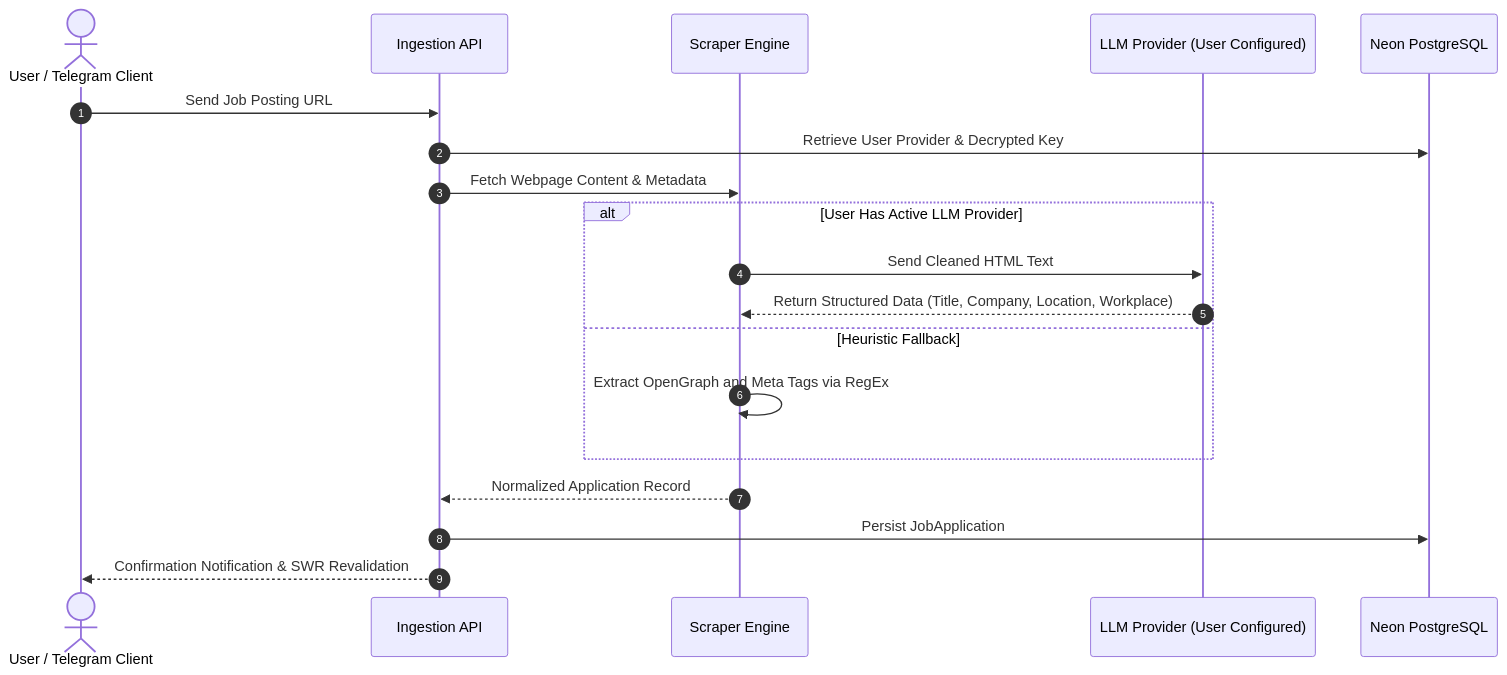
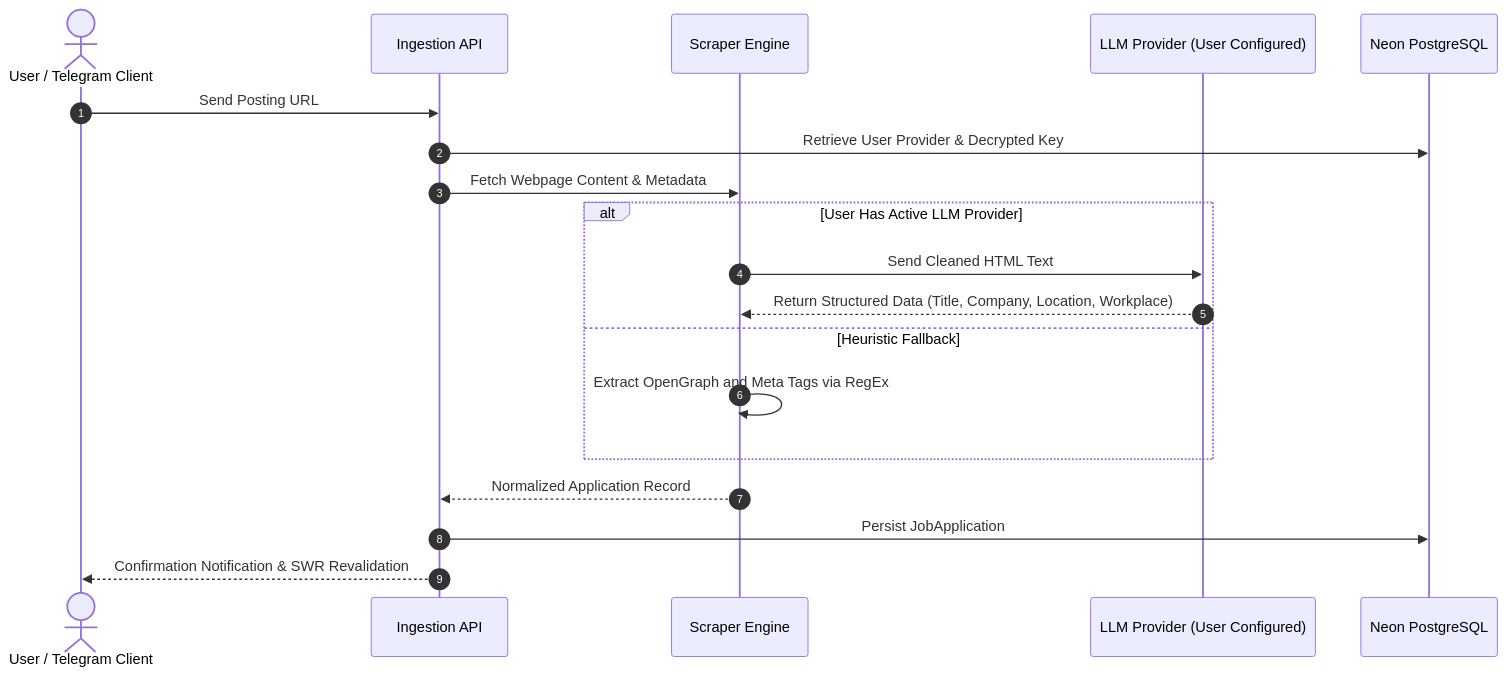
One commit to navneetguptacse/career-hub changed the second of 3 diagrams in README.md. Above: the diagram before and after it, drawn with Mermaid. The commit also changed 19 other files, not shown here.

````diff
--- a/README.md
+++ b/README.md
@@ -74,22 +74,22 @@
 ```mermaid
 sequenceDiagram
     autonumber
     actor User as User / Telegram Client
     participant API as Ingestion API
     participant Scraper as Scraper Engine
     participant AI as LLM Provider (User Configured)
     participant DB as Neon PostgreSQL
 
-    User->>API: Send Job Posting URL
+    User->>API: Send Posting URL
     API->>DB: Retrieve User Provider & Decrypted Key
     API->>Scraper: Fetch Webpage Content & Metadata
     alt User Has Active LLM Provider
         Scraper->>AI: Send Cleaned HTML Text
         AI-->>Scraper: Return Structured Data (Title, Company, Location, Workplace)
     else Heuristic Fallback
         Scraper->>Scraper: Extract OpenGraph and Meta Tags via RegEx
     end
     Scraper-->>API: Normalized Application Record
     API->>DB: Persist JobApplication
     API-->>User: Confirmation Notification & SWR Revalidation
 ```
````
